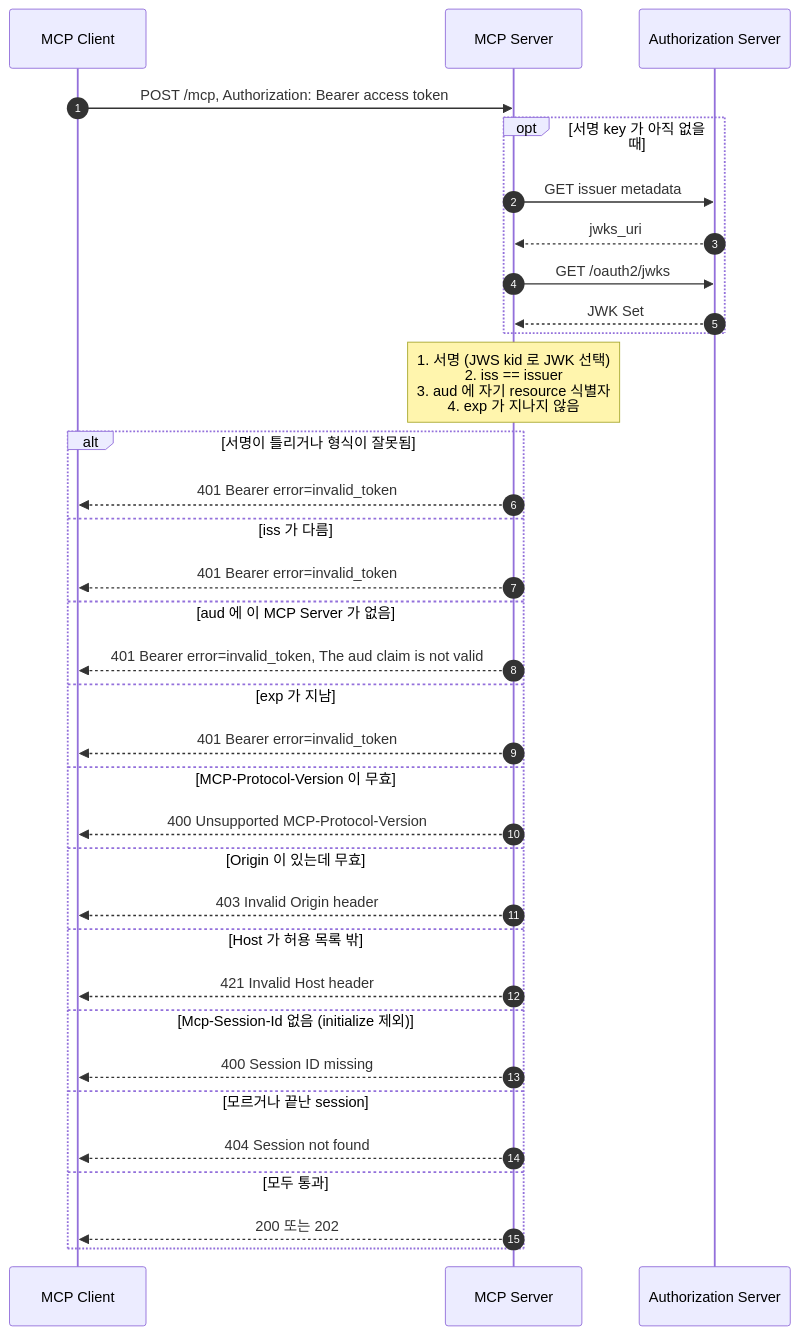
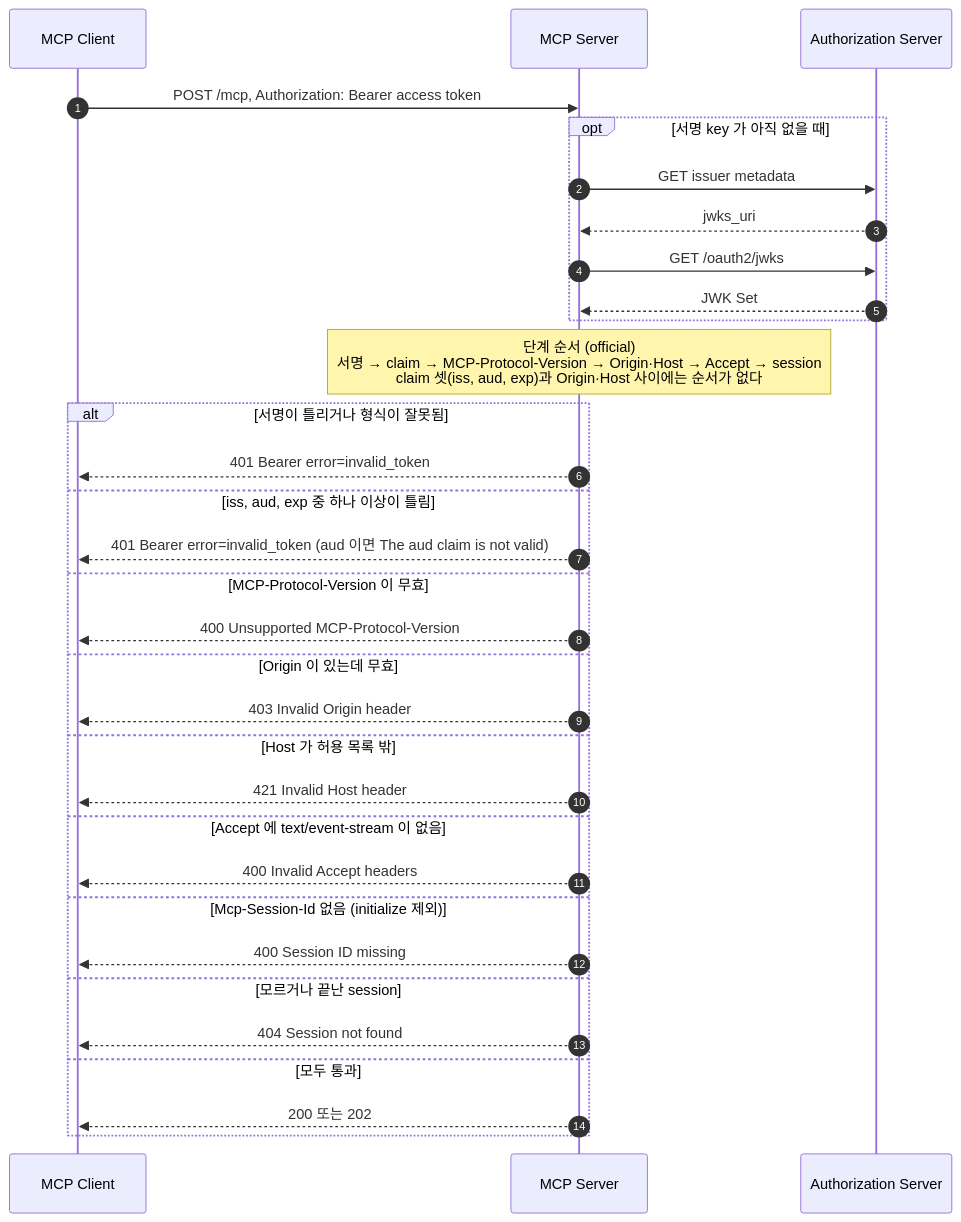
Diagram 11 of 13 in practice/MCP-SEQUENCES.md (starryeye/spring-ai), drawn with Mermaid before and after one commit. The commit also changed other lines of this file, not shown here.

Commit message:
docs: MCP 시퀀스 리뷰 반영 — 검증 단계 순서, GET 요구 수준, PKCE 표현

````diff
--- a/practice/MCP-SEQUENCES.md
+++ b/practice/MCP-SEQUENCES.md
@@ -449,36 +449,34 @@
 ```mermaid
 sequenceDiagram
     autonumber
     participant C as MCP Client
     participant M as MCP Server
     participant A as Authorization Server
     C->>M: POST /mcp, Authorization: Bearer access token
     opt 서명 key 가 아직 없을 때
         M->>A: GET issuer metadata
         A-->>M: jwks_uri
         M->>A: GET /oauth2/jwks
         A-->>M: JWK Set
     end
-    Note over M: 1. 서명 (JWS kid 로 JWK 선택)<br/>2. iss == issuer<br/>3. aud 에 자기 resource 식별자<br/>4. exp 가 지나지 않음
+    Note over M: 단계 순서 (official)<br/>서명 → claim → MCP-Protocol-Version → Origin·Host → Accept → session<br/>claim 셋(iss, aud, exp)과 Origin·Host 사이에는 순서가 없다
     alt 서명이 틀리거나 형식이 잘못됨
         M-->>C: 401 Bearer error=invalid_token
-    else iss 가 다름
-        M-->>C: 401 Bearer error=invalid_token
-    else aud 에 이 MCP Server 가 없음
-        M-->>C: 401 Bearer error=invalid_token, The aud claim is not valid
-    else exp 가 지남
-        M-->>C: 401 Bearer error=invalid_token
+    else iss, aud, exp 중 하나 이상이 틀림
+        M-->>C: 401 Bearer error=invalid_token (aud 이면 The aud claim is not valid)
     else MCP-Protocol-Version 이 무효
         M-->>C: 400 Unsupported MCP-Protocol-Version
     else Origin 이 있는데 무효
         M-->>C: 403 Invalid Origin header
     else Host 가 허용 목록 밖
         M-->>C: 421 Invalid Host header
+    else Accept 에 text/event-stream 이 없음
+        M-->>C: 400 Invalid Accept headers
     else Mcp-Session-Id 없음 (initialize 제외)
         M-->>C: 400 Session ID missing
     else 모르거나 끝난 session
         M-->>C: 404 Session not found
     else 모두 통과
         M-->>C: 200 또는 202
     end
 ```
````
